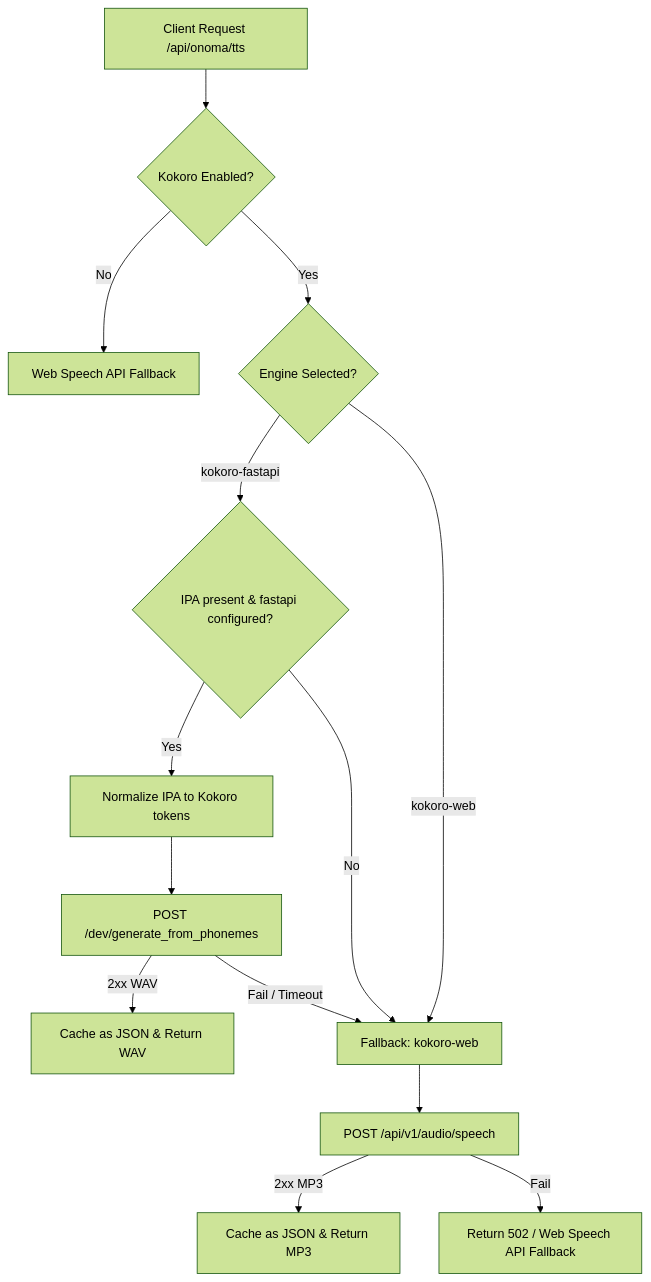
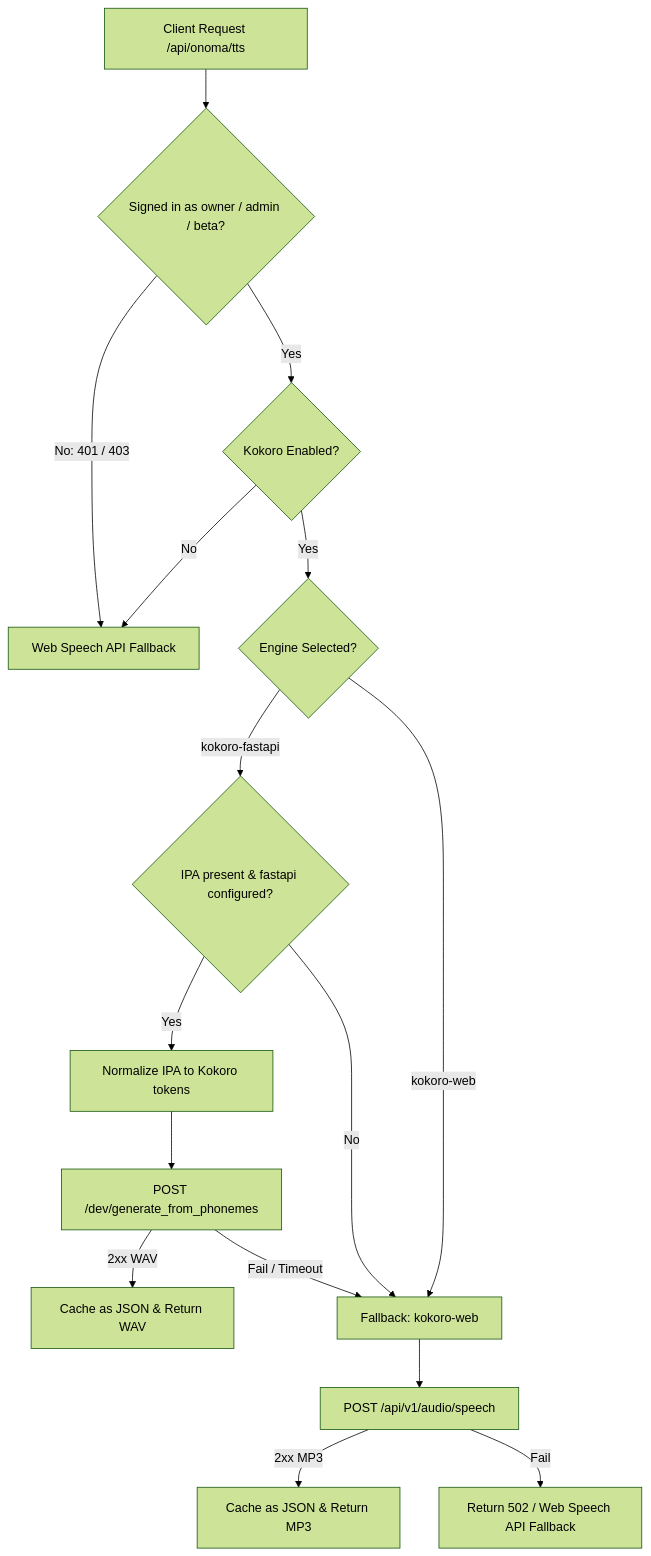
One commit to algolds/ixstats changed the diagram in docs/systems/onoma-voice-guide.md. Above: the diagram before and after it, drawn with Mermaid (forest theme). The commit also changed other lines of this file and 26 other files, not shown here.

````diff
--- a/docs/systems/onoma-voice-guide.md
+++ b/docs/systems/onoma-voice-guide.md
@@ -15,16 +15,18 @@
 ```mermaid
 graph TD
-    A[Client Request /api/onoma/tts] --> B{Kokoro Enabled?}
-    B -->|No| C[Web Speech API Fallback]
+    A[Client Request /api/onoma/tts] --> A2{Signed in as owner / admin / beta?}
+    A2 -->|No: 401 / 403| C[Web Speech API Fallback]
+    A2 -->|Yes| B{Kokoro Enabled?}
+    B -->|No| C
     B -->|Yes| D{Engine Selected?}
     D -->|kokoro-fastapi| E{IPA present & fastapi configured?}
     E -->|Yes| F[Normalize IPA to Kokoro tokens]
     F --> G[POST /dev/generate_from_phonemes]
     G -->|2xx WAV| H[Cache as JSON & Return WAV]
     G -->|Fail / Timeout| I[Fallback: kokoro-web]
     E -->|No| I
     D -->|kokoro-web| I
     I --> J[POST /api/v1/audio/speech]
     J -->|2xx MP3| K[Cache as JSON & Return MP3]
     J -->|Fail| L[Return 502 / Web Speech API Fallback]
 ```
````
